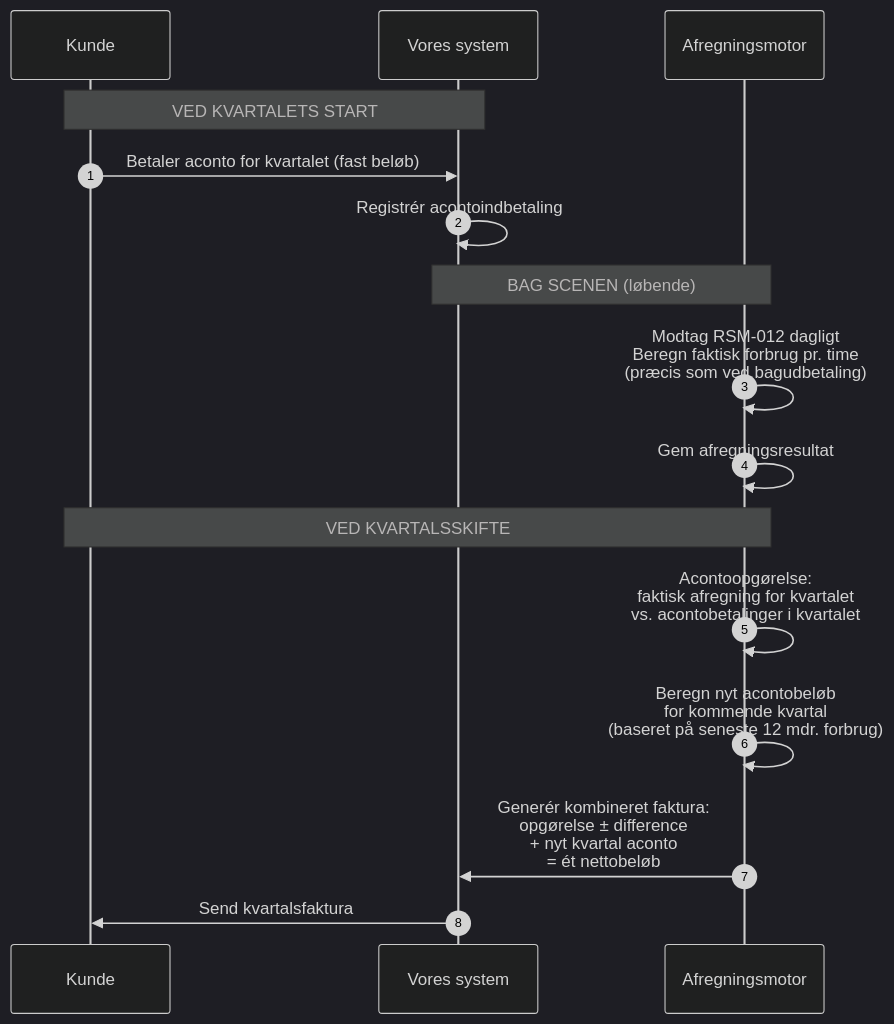
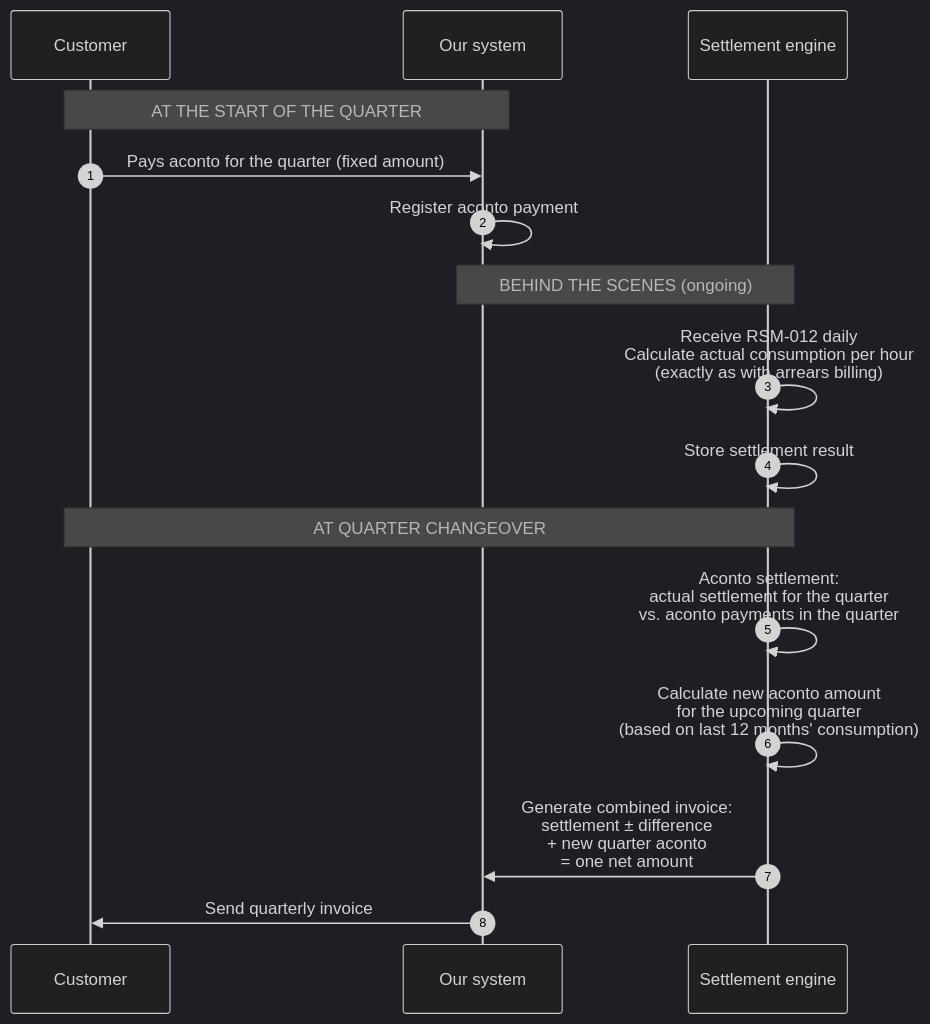
Before and after one commit to kloppnr1/Wattzon: the diagram in docs/datahub3-product-and-billing.md, drawn with Mermaid (dark theme). The commit also changed other lines of this file and 9 other files, not shown here.

````diff
--- a/docs/datahub3-product-and-billing.md
+++ b/docs/datahub3-product-and-billing.md
@@ -289,23 +289,23 @@
 ```mermaid
 sequenceDiagram
     autonumber
-    participant K as Kunde
-    participant V as Vores system
-    participant S as Afregningsmotor
+    participant C as Customer
+    participant V as Our system
+    participant S as Settlement engine
 
-    Note over K,V: VED KVARTALETS START
-    K->>V: Betaler aconto for kvartalet (fast beløb)
-    V->>V: Registrér acontoindbetaling
+    Note over C,V: AT THE START OF THE QUARTER
+    C->>V: Pays aconto for the quarter (fixed amount)
+    V->>V: Register aconto payment
 
-    Note over V,S: BAG SCENEN (løbende)
-    S->>S: Modtag RSM-012 dagligt<br/>Beregn faktisk forbrug pr. time<br/>(præcis som ved bagudbetaling)
-    S->>S: Gem afregningsresultat
+    Note over V,S: BEHIND THE SCENES (ongoing)
+    S->>S: Receive RSM-012 daily<br/>Calculate actual consumption per hour<br/>(exactly as with arrears billing)
+    S->>S: Store settlement result
 
-    Note over K,S: VED KVARTALSSKIFTE
-    S->>S: Acontoopgørelse:<br/>faktisk afregning for kvartalet<br/>vs. acontobetalinger i kvartalet
-    S->>S: Beregn nyt acontobeløb<br/>for kommende kvartal<br/>(baseret på seneste 12 mdr. forbrug)
+    Note over C,S: AT QUARTER CHANGEOVER
+    S->>S: Aconto settlement:<br/>actual settlement for the quarter<br/>vs. aconto payments in the quarter
+    S->>S: Calculate new aconto amount<br/>for the upcoming quarter<br/>(based on last 12 months' consumption)
 
-    S->>V: Generér kombineret faktura:<br/>opgørelse ± difference<br/>+ nyt kvartal aconto<br/>= ét nettobeløb
+    S->>V: Generate combined invoice:<br/>settlement ± difference<br/>+ new quarter aconto<br/>= one net amount
 
-    V->>K: Send kvartalsfaktura
+    V->>C: Send quarterly invoice
 ```
````
